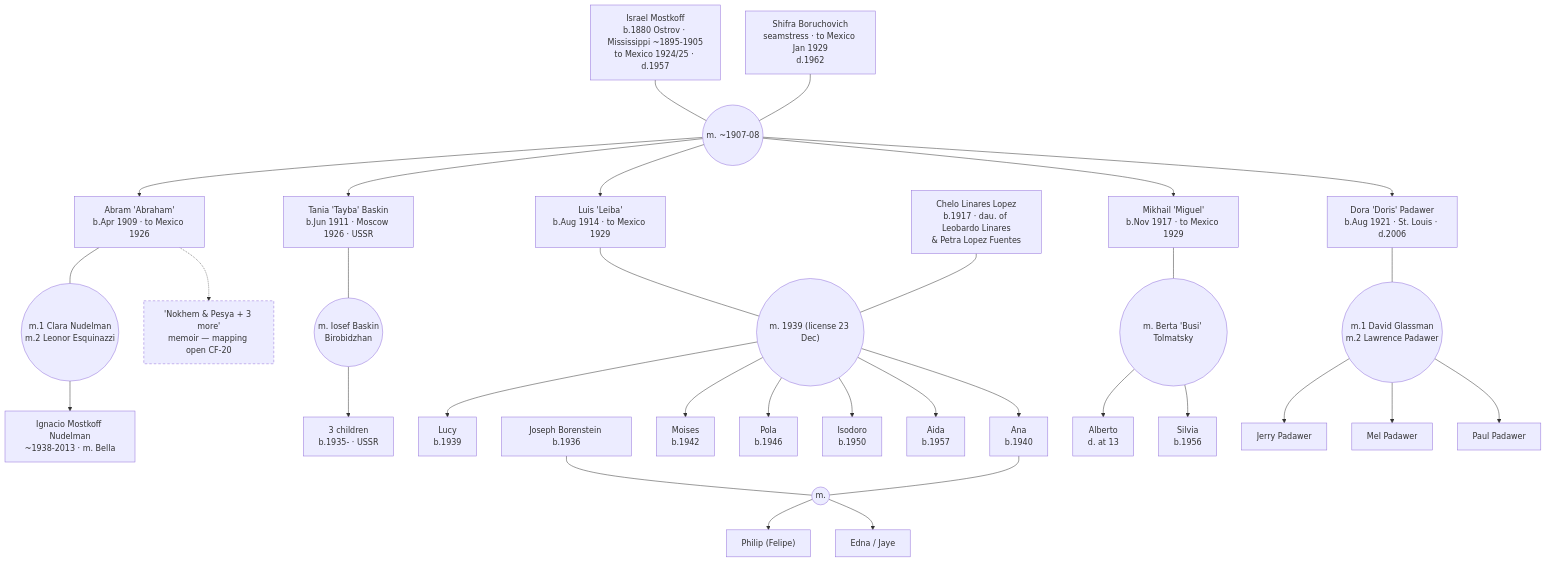
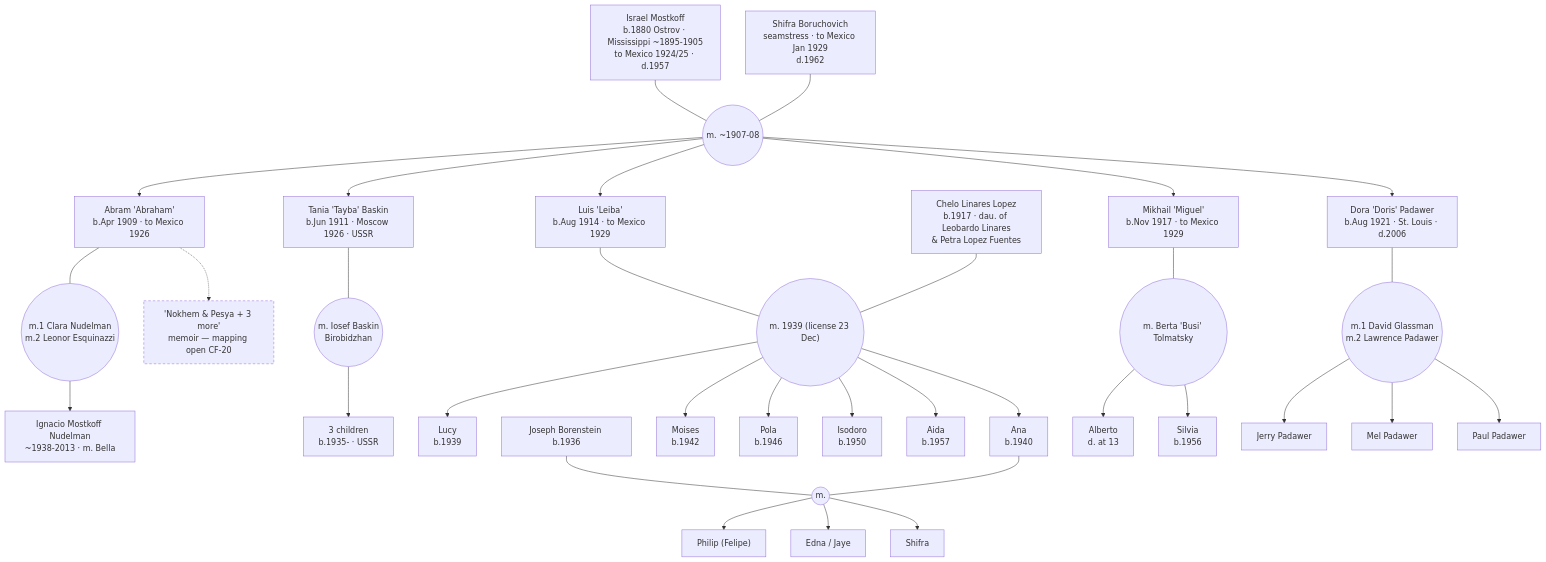
One commit to pborenstein/geneaology changed the fourth of 5 diagrams in data/family-tree.md. Above: the diagram before and after it, drawn with Mermaid. The commit also changed other lines of this file and 5 other files, not shown here.

````diff
--- a/data/family-tree.md
+++ b/data/family-tree.md
@@ -149,42 +150,43 @@
 ```mermaid
 graph TD
     B04["Israel Mostkoff<br/>b.1880 Ostrov · Mississippi ~1895-1905<br/>to Mexico 1924/25 · d.1957"] --- MB0406(("m. ~1907-08"))
     C06["Shifra Boruchovich<br/>seamstress · to Mexico Jan 1929<br/>d.1962"] --- MB0406
     MB0406 --> B10["Abram 'Abraham'<br/>b.Apr 1909 · to Mexico 1926"]
     MB0406 --> B11["Tania 'Tayba' Baskin<br/>b.Jun 1911 · Moscow 1926 · USSR"]
     MB0406 --> B12["Luis 'Leiba'<br/>b.Aug 1914 · to Mexico 1929"]
     MB0406 --> B13["Mikhail 'Miguel'<br/>b.Nov 1917 · to Mexico 1929"]
     MB0406 --> B14["Dora 'Doris' Padawer<br/>b.Aug 1921 · St. Louis · d.2006"]
 
     B10 --- MB10C(("m.1 Clara Nudelman<br/>m.2 Leonor Esquinazzi"))
     MB10C --> B22["Ignacio Mostkoff Nudelman<br/>~1938-2013 · m. Bella"]
     B10 -.-> ABRAMKIDS["'Nokhem & Pesya + 3 more'<br/>memoir — mapping open CF-20"]
 
     B11 --- MB11B(("m. Iosef Baskin<br/>Birobidzhan"))
     MB11B --> TANIAKIDS["3 children<br/>b.1935- · USSR"]
 
     B12 --- MB1215(("m. 1939 (license 23 Dec)"))
     B15["Chelo Linares Lopez<br/>b.1917 · dau. of Leobardo Linares<br/>& Petra Lopez Fuentes"] --- MB1215
     MB1215 --> B16["Lucy<br/>b.1939"]
     MB1215 --> B17["Ana<br/>b.1940"]
     MB1215 --> B18["Moises<br/>b.1942"]
     MB1215 --> B19["Pola<br/>b.1946"]
     MB1215 --> B20["Isodoro<br/>b.1950"]
     MB1215 --> B21["Aida<br/>b.1957"]
 
     A18["Joseph Borenstein b.1936"] --- MA1817(("m."))
     B17 --- MA1817
     MA1817 --> PHILIP["Philip (Felipe)"]
     MA1817 --> EDNA["Edna / Jaye"]
+    MA1817 --> SHIFRA["Shifra"]
 
     B13 --- MB13B(("m. Berta 'Busi' Tolmatsky"))
     MB13B --> ALBERTO["Alberto<br/>d. at 13"]
     MB13B --> SILVIA["Silvia<br/>b.1956"]
 
     B14 --- MB14G(("m.1 David Glassman<br/>m.2 Lawrence Padawer"))
     MB14G --> JERRY["Jerry Padawer"]
     MB14G --> MEL["Mel Padawer"]
     MB14G --> PAUL["Paul Padawer"]
 
     style ABRAMKIDS stroke-dasharray:5 4
 ```
````
